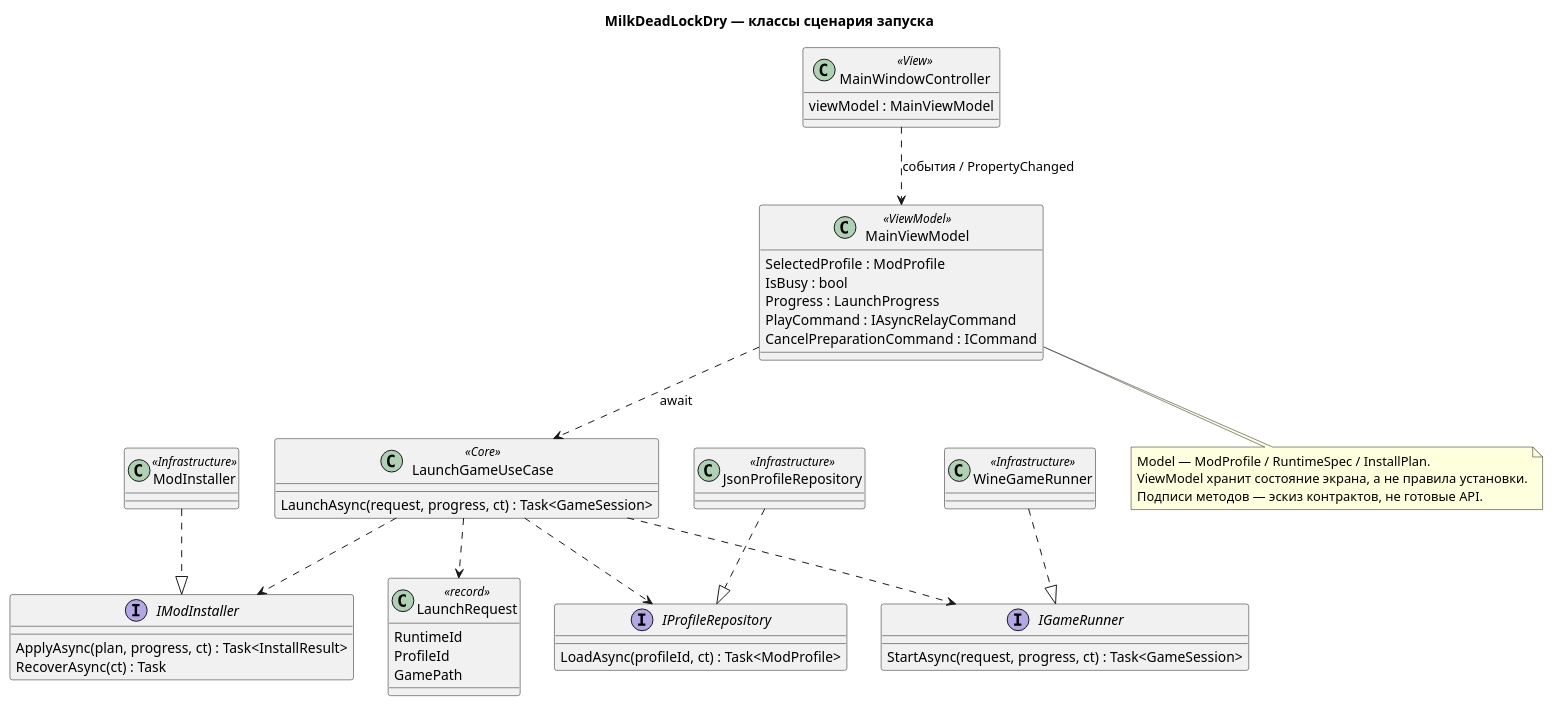
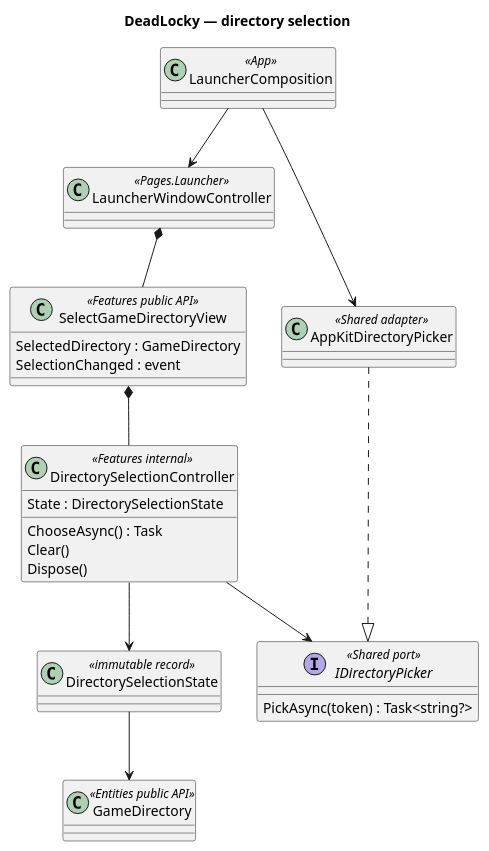
Before and after one commit to F3T1W/MilkDeadLockDry: the second of 3 diagrams in docs/architecture.puml, drawn with PlantUML. The commit also changed other lines of this file and 33 other files, not shown here.

Commit message:
refactor(architecture): Restructured to FSD

```diff
--- a/docs/architecture.puml
+++ b/docs/architecture.puml
@@ -26,49 +29,30 @@
 @startuml classes
-title MilkDeadLockDry — классы сценария запуска
+title DeadLocky — directory selection
 skinparam shadowing false
-class MainWindowController <<View>> {
-  viewModel : MainViewModel
+class LauncherComposition <<App>>
+class LauncherWindowController <<Pages.Launcher>>
+class SelectGameDirectoryView <<Features public API>> {
+  SelectedDirectory : GameDirectory
+  SelectionChanged : event
 }
-class MainViewModel <<ViewModel>> {
-  SelectedProfile : ModProfile
-  IsBusy : bool
-  Progress : LaunchProgress
-  PlayCommand : IAsyncRelayCommand
-  CancelPreparationCommand : ICommand
+class DirectorySelectionController <<Features internal>> {
+  State : DirectorySelectionState
+  ChooseAsync() : Task
+  Clear()
+  Dispose()
 }
-class LaunchGameUseCase <<Core>> {
-  LaunchAsync(request, progress, ct) : Task<GameSession>
+class DirectorySelectionState <<immutable record>>
+class GameDirectory <<Entities public API>>
+interface IDirectoryPicker <<Shared port>> {
+  PickAsync(token) : Task<string?>
 }
-class LaunchRequest <<record>> {
-  RuntimeId
-  ProfileId
-  GamePath
-}
-interface IGameRunner {
-  StartAsync(request, progress, ct) : Task<GameSession>
-}
-interface IModInstaller {
-  ApplyAsync(plan, progress, ct) : Task<InstallResult>
-  RecoverAsync(ct) : Task
-}
-interface IProfileRepository {
-  LoadAsync(profileId, ct) : Task<ModProfile>
-}
-class WineGameRunner <<Infrastructure>>
-class ModInstaller <<Infrastructure>>
-class JsonProfileRepository <<Infrastructure>>
-MainWindowController ..> MainViewModel : события / PropertyChanged
-MainViewModel ..> LaunchGameUseCase : await
-LaunchGameUseCase ..> LaunchRequest
-LaunchGameUseCase ..> IProfileRepository
-LaunchGameUseCase ..> IModInstaller
-LaunchGameUseCase ..> IGameRunner
-WineGameRunner ..|> IGameRunner
-ModInstaller ..|> IModInstaller
-JsonProfileRepository ..|> IProfileRepository
-note bottom of MainViewModel
-  Model — ModProfile / RuntimeSpec / InstallPlan.
-  ViewModel хранит состояние экрана, а не правила установки.
-  Подписи методов — эскиз контрактов, не готовые API.
-end note
+class AppKitDirectoryPicker <<Shared adapter>>
+LauncherComposition --> LauncherWindowController
+LauncherComposition --> AppKitDirectoryPicker
+LauncherWindowController *-- SelectGameDirectoryView
+SelectGameDirectoryView *-- DirectorySelectionController
+DirectorySelectionController --> DirectorySelectionState
+DirectorySelectionState --> GameDirectory
+DirectorySelectionController --> IDirectoryPicker
+AppKitDirectoryPicker ..|> IDirectoryPicker
 @enduml
```
